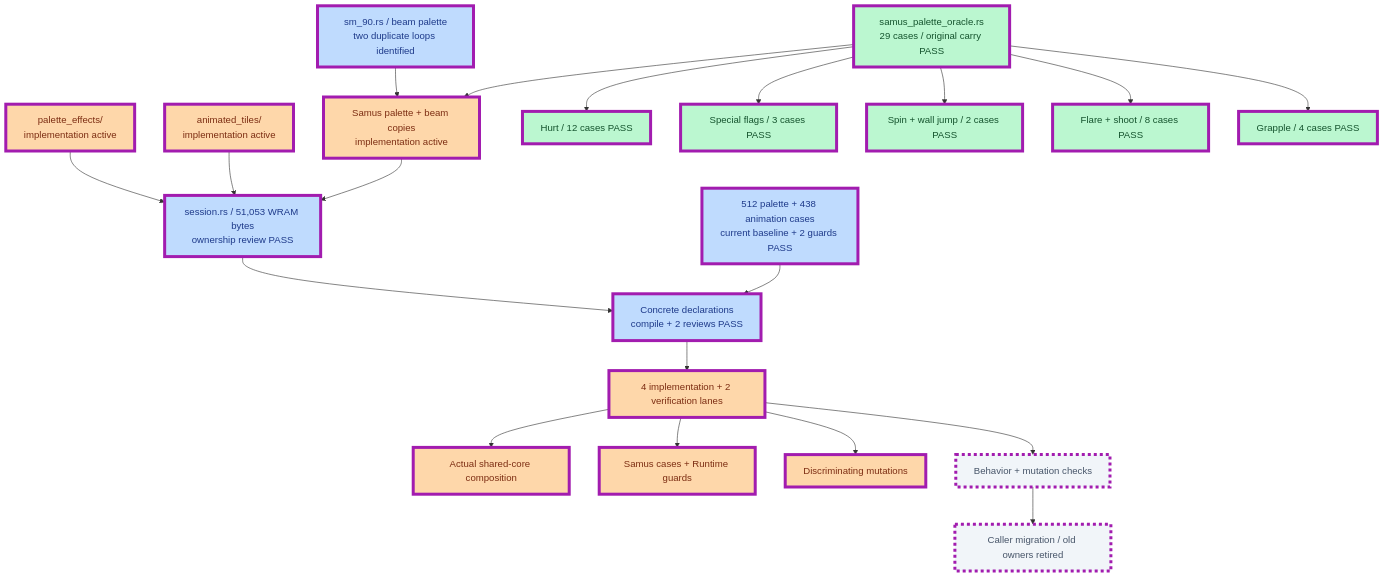
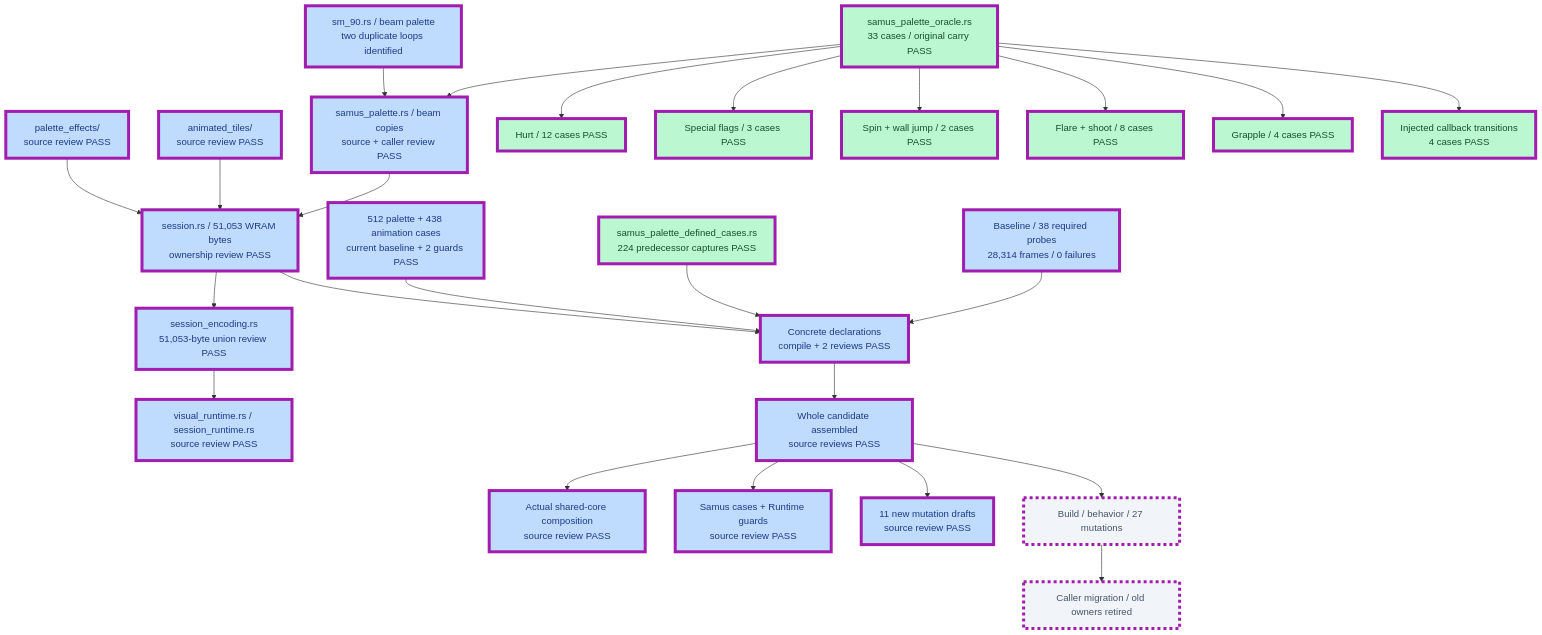
Before and after one commit to JimLundin/sm-decomp: the fourth of 13 diagrams in PROGRESS.md, drawn with Mermaid. The commit also changed 10 other files, not shown here.

First line of the commit message:
Freeze defined Samus references and injected palette carry cases

````diff
--- a/PROGRESS.md
+++ b/PROGRESS.md
@@ -118,28 +118,33 @@
 ```mermaid
 flowchart TB
     S["session.rs / 51,053 WRAM bytes<br/>ownership review PASS"]:::checked
-    P["palette_effects/<br/>implementation active"]:::active --> S
-    A["animated_tiles/<br/>implementation active"]:::active --> S
-    U["Samus palette + beam copies<br/>implementation active"]:::active --> S
-    C["samus_palette_oracle.rs<br/>29 cases / original carry PASS"]:::done --> U
+    P["palette_effects/<br/>source review PASS"]:::checked --> S
+    A["animated_tiles/<br/>source review PASS"]:::checked --> S
+    U["samus_palette.rs / beam copies<br/>source + caller review PASS"]:::checked --> S
+    S --> CODEC["session_encoding.rs<br/>51,053-byte union review PASS"]:::checked
+    CODEC --> RT["visual_runtime.rs / session_runtime.rs<br/>source review PASS"]:::checked
+    C["samus_palette_oracle.rs<br/>33 cases / original carry PASS"]:::done --> U
     C --> H["Hurt / 12 cases PASS"]:::done
     C --> F["Special flags / 3 cases PASS"]:::done
     C --> W["Spin + wall jump / 2 cases PASS"]:::done
     C --> Q["Flare + shoot / 8 cases PASS"]:::done
     C --> G["Grapple / 4 cases PASS"]:::done
+    C --> INJECT["Injected callback transitions<br/>4 cases PASS"]:::done
     B["sm_90.rs / beam palette<br/>two duplicate loops identified"]:::checked --> U
     V["512 palette + 438 animation cases<br/>current baseline + 2 guards PASS"]:::checked --> D
+    DEF["samus_palette_defined_cases.rs<br/>224 predecessor captures PASS"]:::done --> D
+    REPLAY["Baseline / 38 required probes<br/>28,314 frames / 0 failures"]:::checked --> D
     S --> D["Concrete declarations<br/>compile + 2 reviews PASS"]:::checked
-    D --> I["4 implementation + 2 verification lanes"]:::active
-    I --> T["Actual shared-core composition"]:::active
-    I --> X["Samus cases + Runtime guards"]:::active
-    I --> Y["Discriminating mutations"]:::active
-    I --> M["Behavior + mutation checks"]:::pending
+    D --> I["Whole candidate assembled<br/>source reviews PASS"]:::checked
+    I --> T["Actual shared-core composition<br/>source review PASS"]:::checked
+    I --> X["Samus cases + Runtime guards<br/>source review PASS"]:::checked
+    I --> Y["11 new mutation drafts<br/>source review PASS"]:::checked
+    I --> M["Build / behavior / 27 mutations"]:::pending
     M --> R["Caller migration / old owners retired"]:::pending
-    class S,P,A,U,C,H,F,W,Q,G,B,V,D,I,T,X,Y,M,R changed
+    class S,P,A,U,CODEC,RT,C,H,F,W,Q,G,INJECT,B,V,DEF,REPLAY,D,I,T,X,Y,M,R changed
     classDef done fill:#bbf7d0,stroke:#15803d,color:#14532d
     classDef checked fill:#bfdbfe,stroke:#2563eb,color:#1e3a8a
     classDef active fill:#fed7aa,stroke:#ea580c,color:#7c2d12
     classDef pending fill:#f1f5f9,stroke:#94a3b8,color:#475569,stroke-dasharray:5 5
     classDef changed stroke:#a21caf,stroke-width:5px
 ```
````
